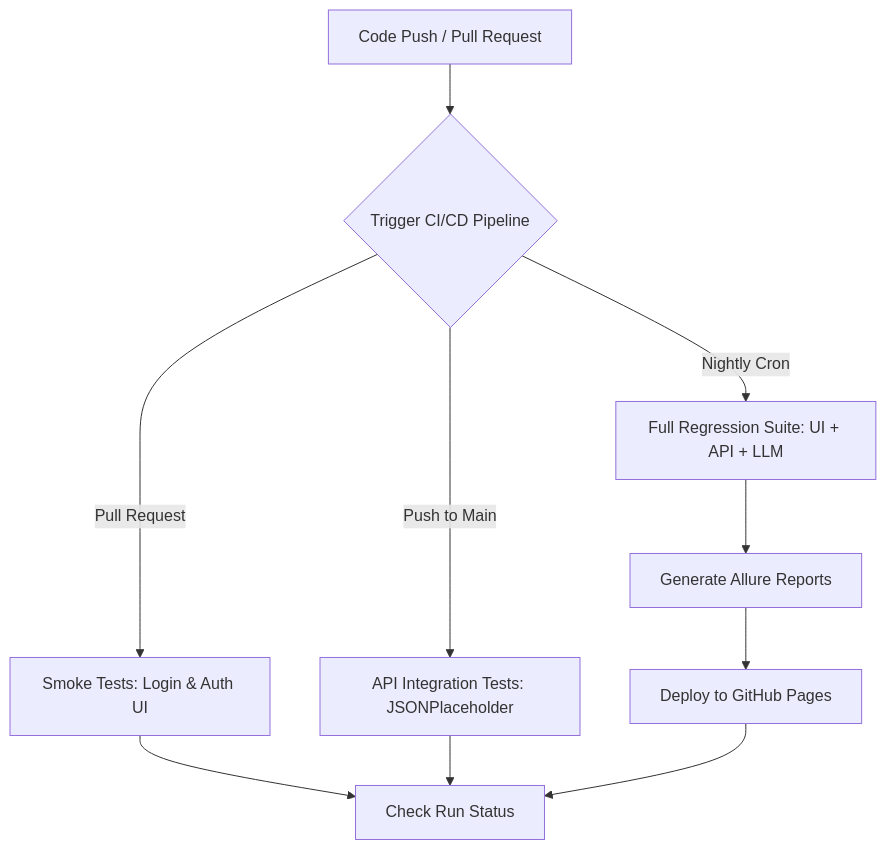
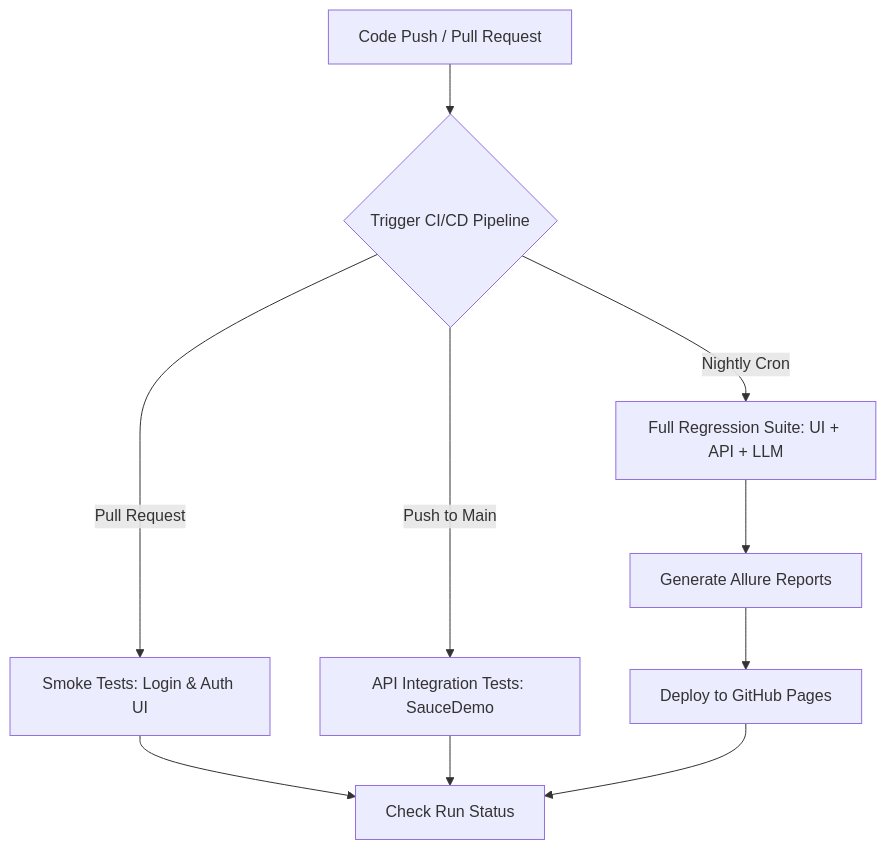
The diagram in README.md (allantaveras/E-Commerce), drawn with Mermaid before and after one commit. The commit also changed other lines of this file and 103 other files, not shown here.

Commit message:
Migrate API tests to SauceDemo and consolidate documentation

````diff
--- a/README.md
+++ b/README.md
@@ -42,12 +41,12 @@
 ```mermaid
 graph TD
     A[Code Push / Pull Request] --> B{Trigger CI/CD Pipeline}
     B -- Pull Request --> C[Smoke Tests: Login & Auth UI]
-    B -- Push to Main --> D[API Integration Tests: JSONPlaceholder]
+    B -- Push to Main --> D[API Integration Tests: SauceDemo]
     B -- Nightly Cron --> E[Full Regression Suite: UI + API + LLM]
     E --> F[Generate Allure Reports]
     F --> G[Deploy to GitHub Pages]
     C --> H[Check Run Status]
     D --> H
     G --> H
 ```
````
